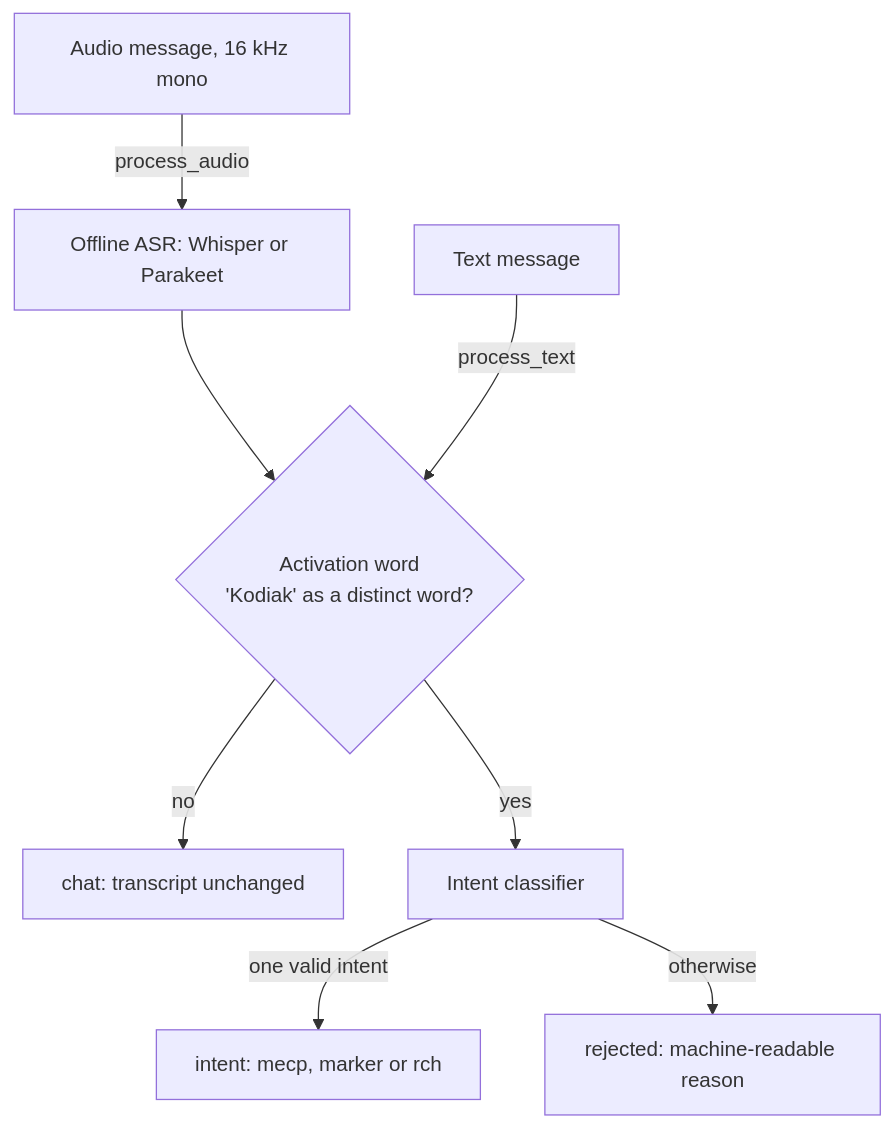
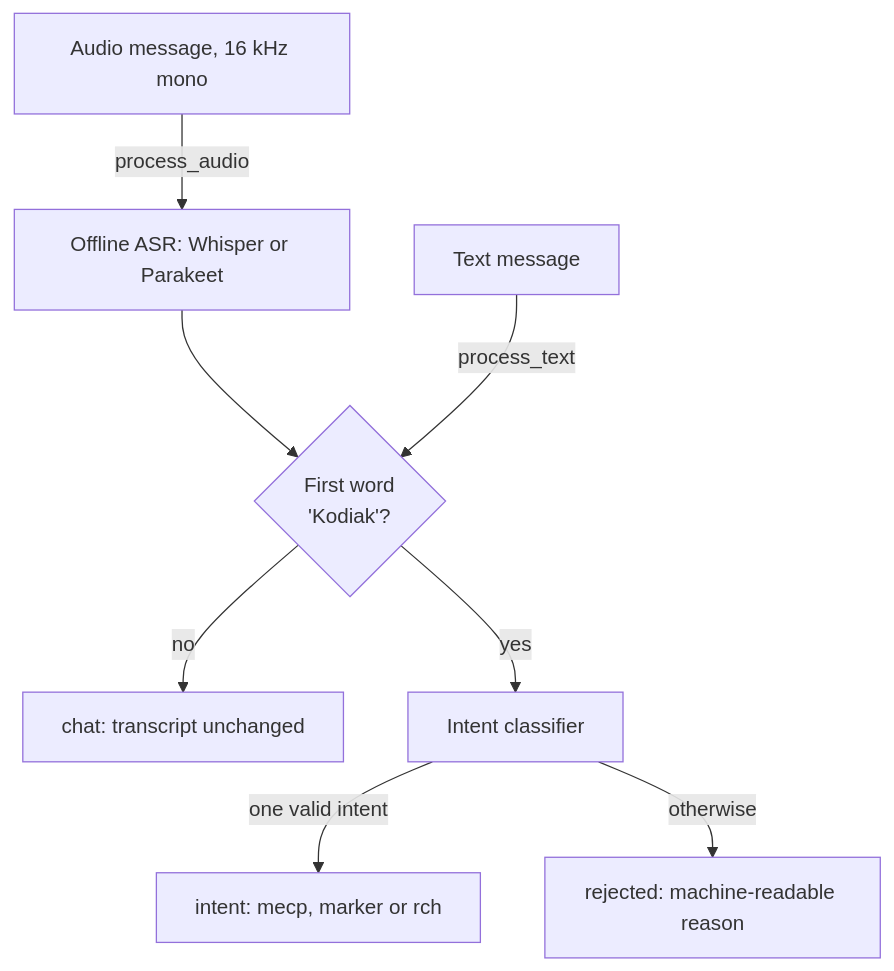
Before and after one commit to FreeTAKTeam/sigil: the diagram in docs/kodiak.md, drawn with Mermaid. The commit also changed other lines of this file and 19 other files, not shown here.

First line of the commit message:
Kodiak: first-word activation, cancelled arguments, overflow-safe numbers

````diff
--- a/docs/kodiak.md
+++ b/docs/kodiak.md
@@ -7,10 +7,10 @@
 ```mermaid
 flowchart TD
     A[Audio message, 16 kHz mono] -->|process_audio| B[Offline ASR: Whisper or Parakeet]
-    B --> C{Activation word<br/>'Kodiak' as a distinct word?}
+    B --> C{First word<br/>'Kodiak'?}
     T[Text message] -->|process_text| C
     C -- no --> D[chat: transcript unchanged]
     C -- yes --> E[Intent classifier]
     E -- one valid intent --> F[intent: mecp, marker or rch]
     E -- otherwise --> G[rejected: machine-readable reason]
 ```
````
